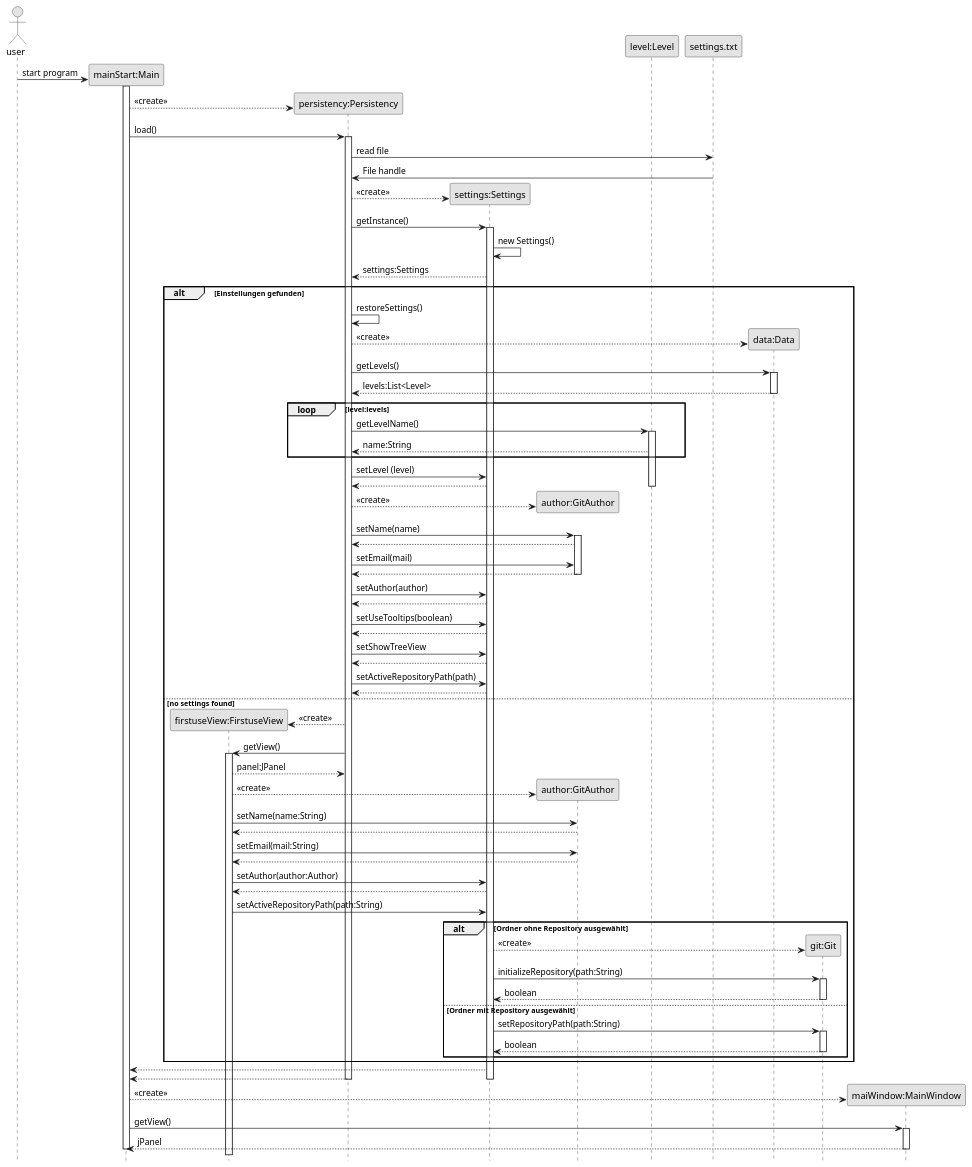
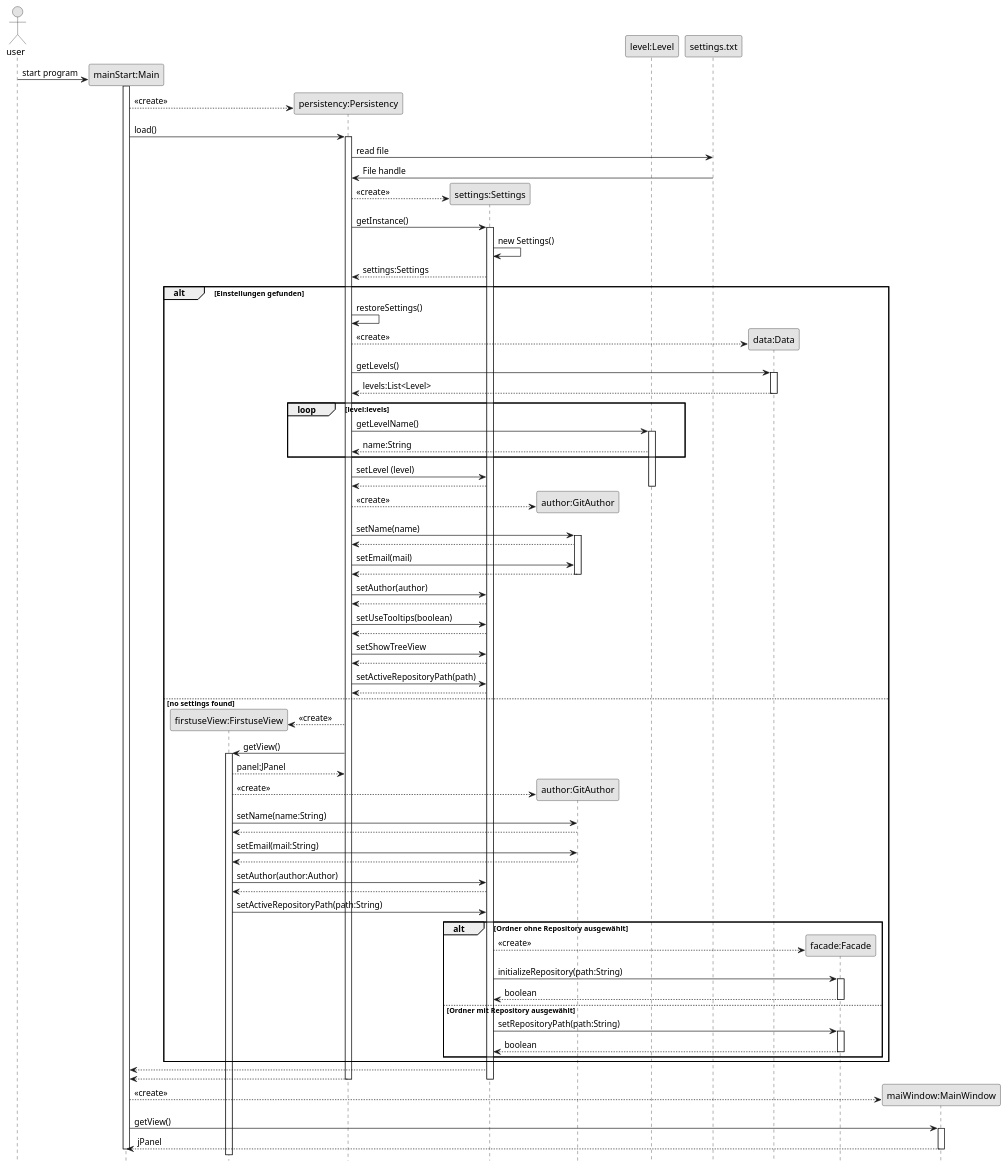
The diagram in diagrams/raw diagramm files/Start_Sequence.puml (osl2/Skalierbarer-Git-Client), drawn with PlantUML before and after one commit. The commit also changed 6 other files, not shown here.

Commit message:
Changes in Diagramms

```diff
--- a/diagrams/raw diagramm files/Start_Sequence.puml
+++ b/diagrams/raw diagramm files/Start_Sequence.puml
@@ -1,123 +1,123 @@
 @startuml
 skinparam monochrome true
 hide footbox
 
 actor user
 participant "mainStart:Main" as main
 participant "firstuseView:FirstuseView" as firstuse
 participant "persistency:Persistency" as persistency
 participant "settings:Settings" as settings
 participant "author:GitAuthor" as author
 participant "level:Level" as level
 participant "settings.txt" as settingstext
 participant "data:Data" as data
-participant "git:Git" as git
+participant "facade:Facade" as git
 participant "maiWindow:MainWindow" as mainWindow
 
 create main
 user -> main : start program
 activate main
 create persistency
 main --> persistency : <<create>>
 
 main -> persistency : load()
 activate persistency
 persistency -> settingstext : read file
 settingstext -> persistency : File handle
 
 create settings
 persistency --> settings : <<create>>
 persistency -> settings : getInstance()
 activate settings
 settings -> settings : new Settings()
 settings --> persistency : settings:Settings
 
 alt Einstellungen gefunden
 
 persistency -> persistency : restoreSettings()
 
 create data
 persistency --> data : <<create>>
 
 persistency -> data : getLevels()
 activate data
 data --> persistency : levels:List<Level>
 deactivate data
 
 loop level:levels
 persistency -> level : getLevelName()
 activate level
 level --> persistency : name:String
 end
 
 persistency -> settings : setLevel (level)
 settings --> persistency
 deactivate level
 
 create author
 persistency --> author : <<create>>
 persistency -> author : setName(name)
 activate author
 author --> persistency
 persistency -> author : setEmail(mail)
 author --> persistency
 deactivate author
 
 persistency -> settings : setAuthor(author)
 settings --> persistency
 
 persistency -> settings : setUseTooltips(boolean)
 settings --> persistency
 
 persistency -> settings : setShowTreeView
 settings --> persistency
 
 persistency -> settings : setActiveRepositoryPath(path)
 settings --> persistency
 
 else no settings found
 create firstuse
 persistency --> firstuse : <<create>>
 persistency -> firstuse : getView()
 activate firstuse
 firstuse --> persistency : panel:JPanel
 create author
 firstuse --> author : <<create>>
 firstuse ->  author : setName(name:String)
 author --> firstuse
 firstuse -> author : setEmail(mail:String)
 author --> firstuse
 firstuse -> settings : setAuthor(author:Author)
 settings --> firstuse
 firstuse -> settings : setActiveRepositoryPath(path:String)
 
 alt Ordner ohne Repository ausgewählt
 create git
 settings --> git : <<create>>
 settings -> git : initializeRepository(path:String)
 activate git
 git --> settings : boolean
 else Ordner mit Repository ausgewählt
 deactivate git
 settings -> git:  setRepositoryPath(path:String)
 activate git
 git --> settings : boolean
 deactivate git
 end
 end
 settings --> main
 
 
 persistency --> main
 deactivate persistency
 deactivate settings
 create mainWindow
 main --> mainWindow : <<create>>
 main -> mainWindow : getView()
 activate mainWindow
 mainWindow --> main : jPanel
 deactivate mainWindow
 deactivate main
 
 
 @enduml
```
